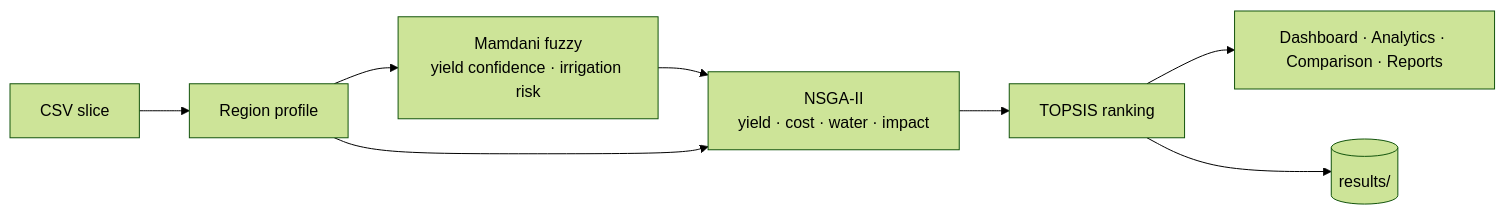
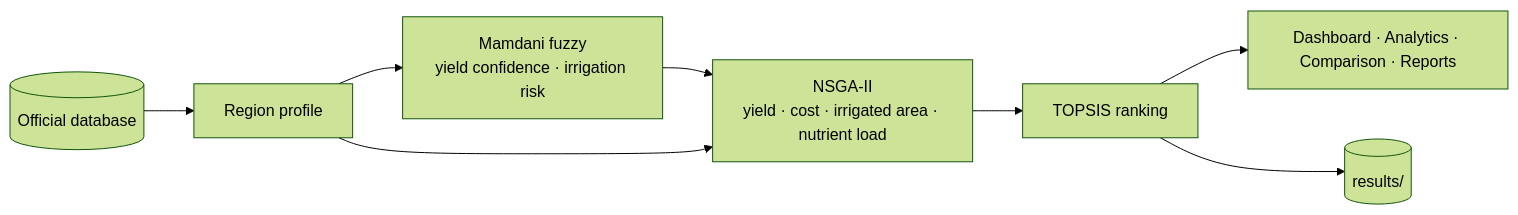
One commit to VamsiVarada-3632/AgroOptimize changed the diagram in docs/handbook/README_UPDATED.md. Above: the diagram before and after it, drawn with Mermaid (forest theme). The commit also changed other lines of this file and 1 other file, not shown here.

````diff
--- a/docs/handbook/README_UPDATED.md
+++ b/docs/handbook/README_UPDATED.md
@@ -58,10 +60,10 @@
 ```mermaid
 flowchart LR
-    CSV[CSV slice] --> P[Region profile]
+    CSV[(Official database)] --> P[Region profile]
     P --> F[Mamdani fuzzy<br/>yield confidence · irrigation risk]
-    F --> N[NSGA-II<br/>yield · cost · water · impact]
+    F --> N[NSGA-II<br/>yield · cost · irrigated area · nutrient load]
     P --> N
     N --> T[TOPSIS ranking]
     T --> UI[Dashboard · Analytics · Comparison · Reports]
     T --> R[(results/)]
 ```
````
